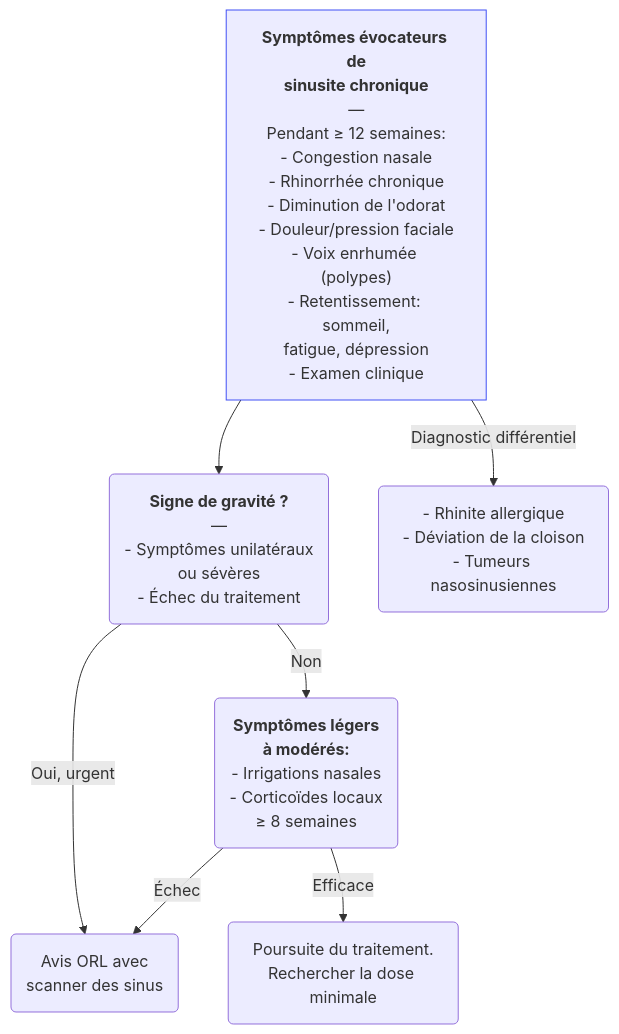
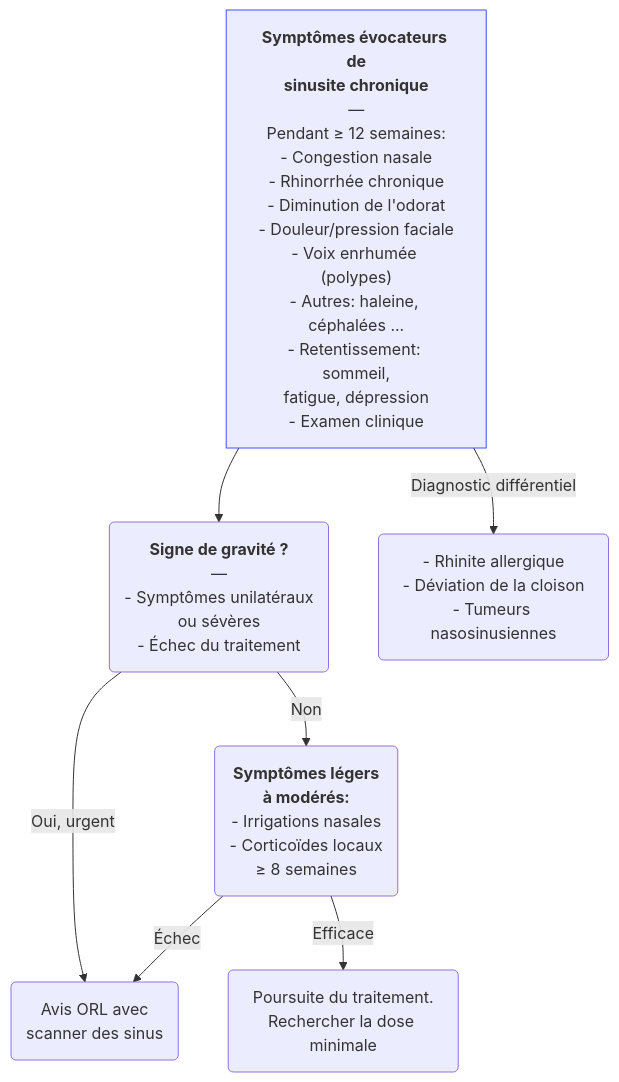
Before and after one commit to djibe/recommandations-medicales: the diagram in content/recommandations/sinusite-chronique.md, drawn with Mermaid. The commit also changed other lines of this file and 5 other files, not shown here.

```diff
--- a/content/recommandations/sinusite-chronique.md
+++ b/content/recommandations/sinusite-chronique.md
@@ -146,8 +147,8 @@
 {{< mermaid title="Prise en charge de la rhinosinusite chronique. Dr JB Fron d'après Bibliographie" >}}
 graph TB
-  suspicion["<b>Symptômes évocateurs de<br>sinusite chronique</b><br>—<br>Pendant ≥ 12 semaines:<br>- Congestion nasale<br>- Rhinorrhée chronique<br>- Diminution de l'odorat<br>- Douleur/pression faciale<br>- Voix enrhumée (polypes)<br>- Retentissement: sommeil,<br>fatigue, dépression<br>- Examen clinique"] --> gravité("<b>Signe de gravité ?</b><br>—<br>- Symptômes unilatéraux<br>ou sévères<br>- Échec du traitement") -- "Oui, urgent" --> ORL(Avis ORL avec<br>scanner des sinus)
+  suspicion["<b>Symptômes évocateurs de<br>sinusite chronique</b><br>—<br>Pendant ≥ 12 semaines:<br>- Congestion nasale<br>- Rhinorrhée chronique<br>- Diminution de l'odorat<br>- Douleur/pression faciale<br>- Voix enrhumée (polypes)<br>- Autres: haleine, céphalées ...<br>- Retentissement: sommeil,<br>fatigue, dépression<br>- Examen clinique"] --> gravité("<b>Signe de gravité ?</b><br>—<br>- Symptômes unilatéraux<br>ou sévères<br>- Échec du traitement") -- "Oui, urgent" --> ORL(Avis ORL avec<br>scanner des sinus)
     gravité -- Non --> traitement("<b>Symptômes légers<br>à modérés:</b><br>- Irrigations nasales<br>- Corticoïdes locaux<br>≥ 8 semaines") -- Échec --> ORL
       traitement -- Efficace --> poursuite(Poursuite du traitement.<br>Rechercher la dose minimale)
     suspicion -- "Diagnostic différentiel" --> différentiel("- Rhinite allergique<br>- Déviation de la cloison<br>- Tumeurs nasosinusiennes")
   style suspicion stroke:#4150f5, stroke-width:1px
 {{< /mermaid >}}
```
